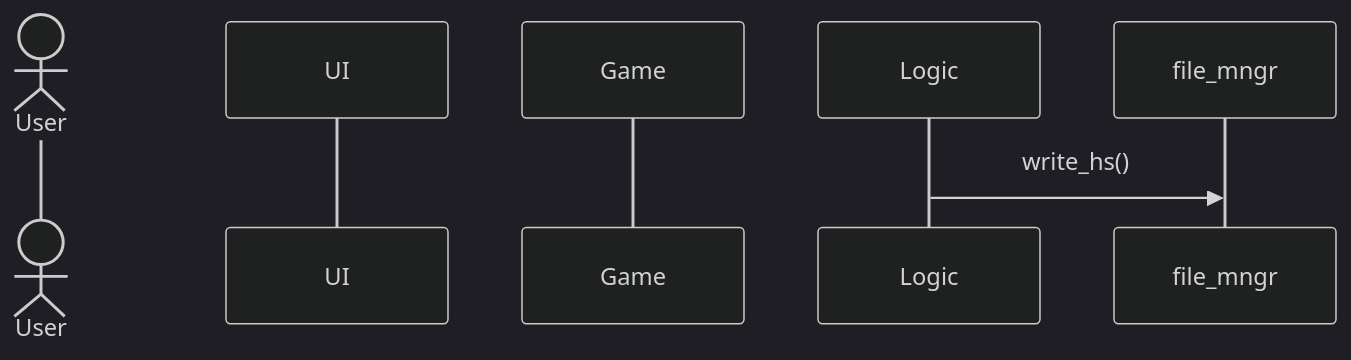
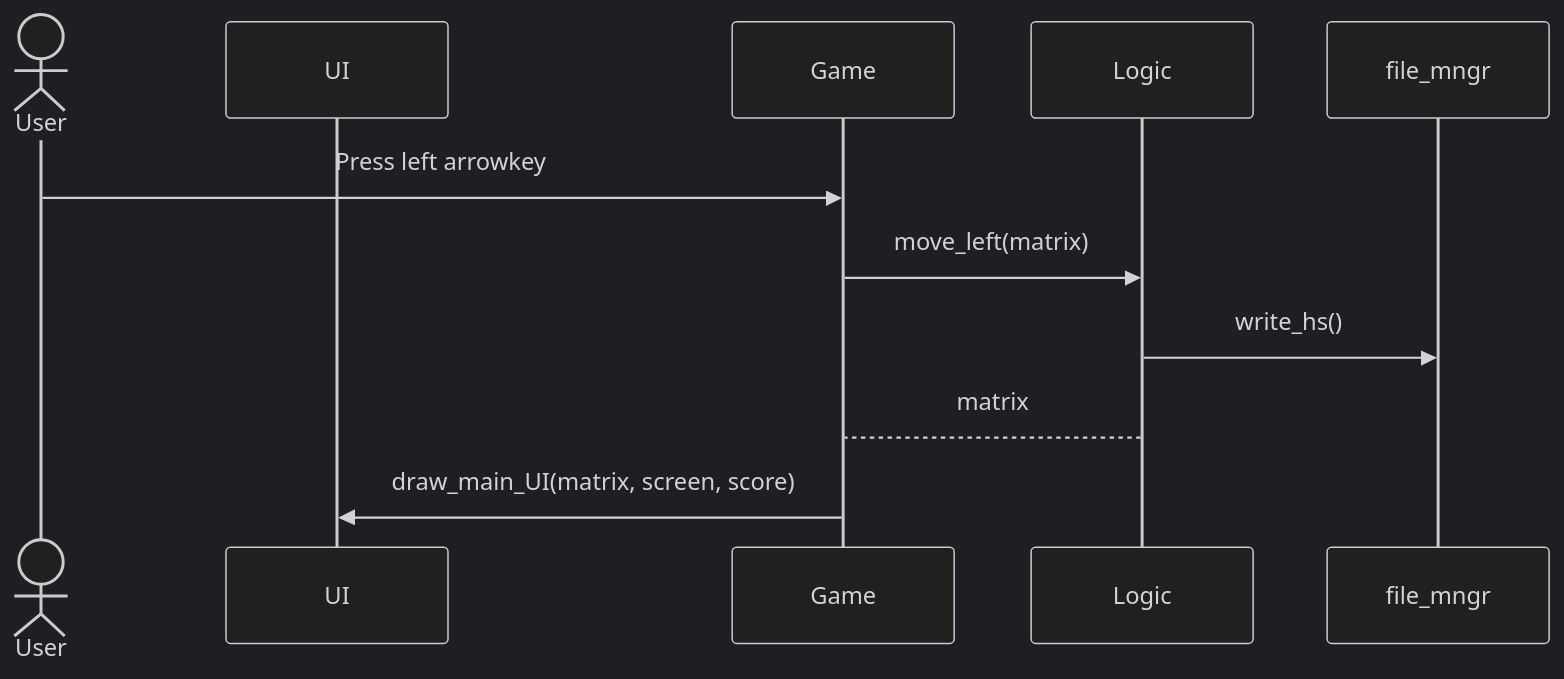
The fifth of 5 diagrams in Dokumentaatio/arkkitehtuuri.md (Jusq17/ot-harjoitustyo), drawn with Mermaid (dark theme) before and after one commit. The commit also changed other lines of this file, not shown here.

````diff
--- a/Dokumentaatio/arkkitehtuuri.md
+++ b/Dokumentaatio/arkkitehtuuri.md
@@ -153,10 +153,14 @@
 ```mermaid
 sequenceDiagram
   actor User
   participant UI
   participant Game
   participant Logic
   participant file_mngr
+  User->>Game: Press left arrowkey
+  Game->>Logic: move_left(matrix)
   Logic->>file_mngr: write_hs()
+  Logic-->Game: matrix
+  Game->>UI: draw_main_UI(matrix, screen, score)
   
 ```
````
